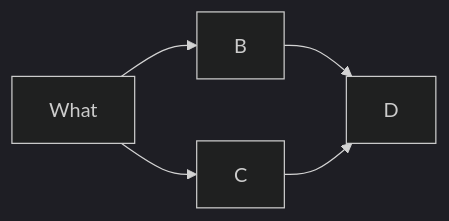
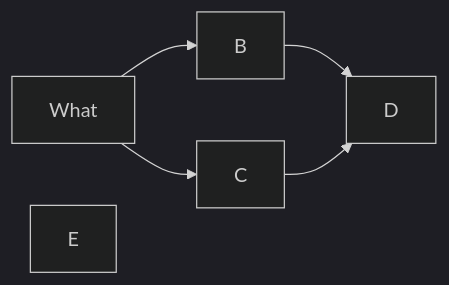
One commit to q-inho/q-inho.github.io changed the first of 2 diagrams in _posts/Physics/Mathematical Physics/2022-01-25-First-post-in-Mathematical-Physics.md. Above: the diagram before and after it, drawn with Mermaid (dark theme). The commit also changed other lines of this file, not shown here.

Commit message:
test mermaid 3

```diff
--- a/_posts/Physics/Mathematical Physics/2022-01-25-First-post-in-Mathematical-Physics.md
+++ b/_posts/Physics/Mathematical Physics/2022-01-25-First-post-in-Mathematical-Physics.md
@@ -19,7 +19,8 @@
 <div class="mermaid">
     graph LR
         A[What] --> B
         A --> C
         B --> D
         C --> D
+        E
 </div>
```
